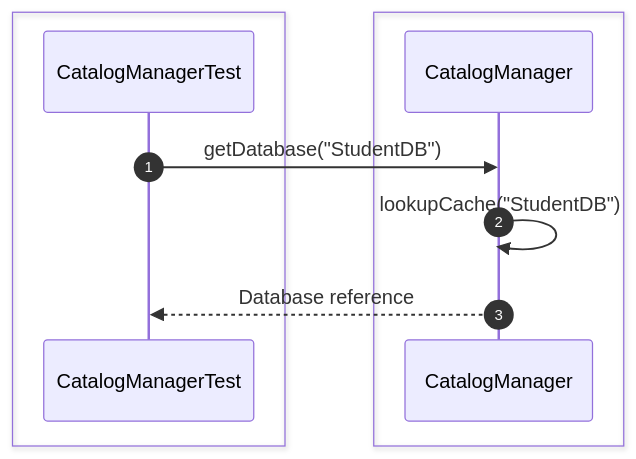
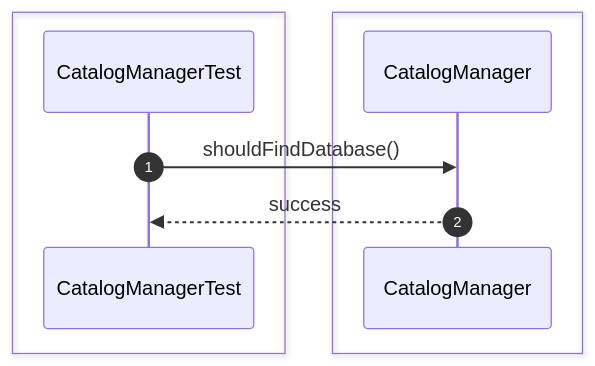
The fifth of 28 diagrams in src/sequence/catalog.md (Huy1801214/dbms-architecture), drawn with Mermaid before and after one commit. The commit also changed other lines of this file and 68 other files, not shown here.

Commit message:
implement comprehensive unit test suite and architectural sequence documentation

````diff
--- a/src/sequence/catalog.md
+++ b/src/sequence/catalog.md
@@ -104,16 +66,13 @@
 ```mermaid
 sequenceDiagram
     autonumber
     box #e1f5fe Test Suite
     participant Test as CatalogManagerTest
     end
-    box #e8f5e9 Catalog Objects
-    participant Catalog as CatalogManager
+    box #e8f5e9 CatalogManager Component
+    participant CM as CatalogManager
     end
 
-    Test->>Catalog: getDatabase("StudentDB")
-
-    Catalog->>Catalog: lookupCache("StudentDB")
-
-    Catalog-->>Test: Database reference
+    Test->>CM: shouldFindDatabase()
+    CM-->>Test: success
 ```
````
